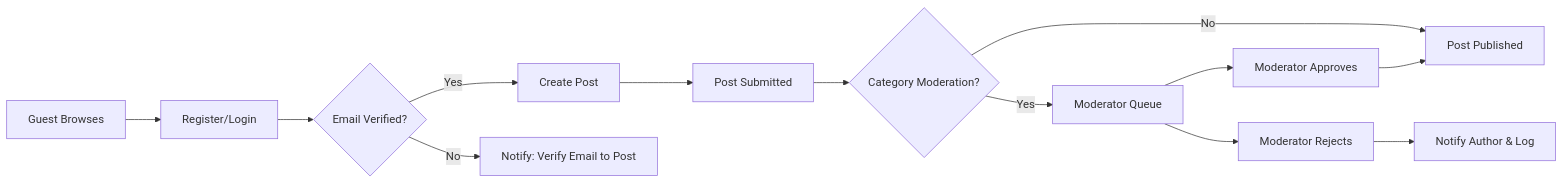
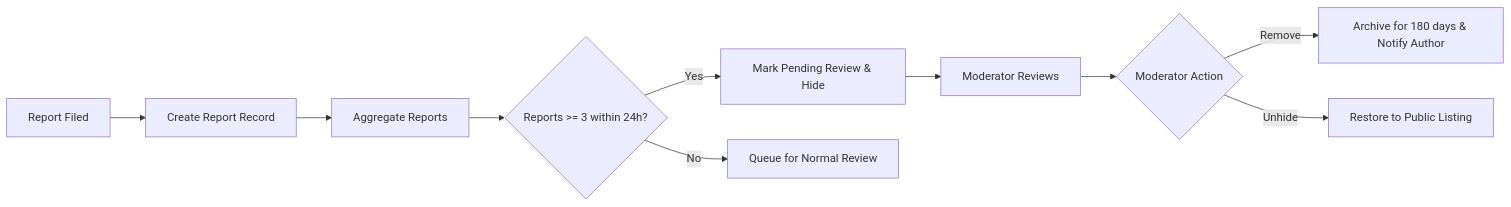
One commit to wrtnlabs/autobe-examples changed the second of 2 diagrams in openai/gpt-5-mini/bbs/docs/analysis/01-service-overview.md. Above: the diagram before and after it, drawn with Mermaid. The commit also changed other lines of this file and 16146 other files, not shown here.

````diff
--- a/openai/gpt-5-mini/bbs/docs/analysis/01-service-overview.md
+++ b/openai/gpt-5-mini/bbs/docs/analysis/01-service-overview.md
@@ -289,15 +117,12 @@
 ```mermaid
 graph LR
-  A["Guest Browses"] --> B["Register/Login"]
-  B --> C{"Email Verified?"}
-  C -->|"Yes"| D["Create Post"]
-  C -->|"No"| E["Notify: Verify Email to Post"]
-  D --> F["Post Submitted"]
-  F --> G{"Category Moderation?"}
-  G -->|"No"| H["Post Published"]
-  G -->|"Yes"| I["Moderator Queue"]
-  I --> J["Moderator Approves"]
-  J --> H
-  I --> K["Moderator Rejects"]
-  K --> L["Notify Author & Log"]
+  R["Report Filed"] --> S["Create Report Record"]
+  S --> T["Aggregate Reports"]
+  T --> U{""Reports >= 3 within 24h?""}
+  U -->|"Yes"| V["Mark Pending Review & Hide" ]
+  U -->|"No"| W["Queue for Normal Review"]
+  V --> X["Moderator Reviews"]
+  X --> Y{""Moderator Action""}
+  Y -->|"Remove"| Z["Archive for 180 days & Notify Author"]
+  Y -->|"Unhide"| AA["Restore to Public Listing"]
 ```
````
